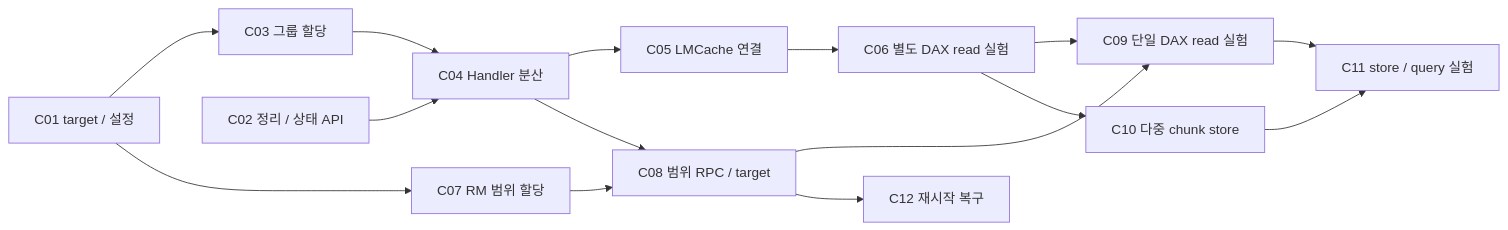
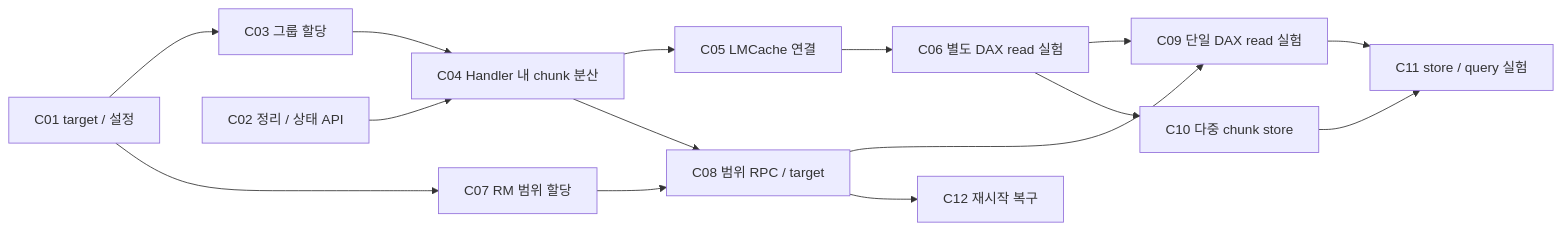
The diagram in temp_docs/maru_memory/maru_multi_device_chunk_interleaving_implementation_plan.md (seohui-XCENA/maru), drawn with Mermaid before and after one commit. The commit also changed other lines of this file and 10 other files, not shown here.

````diff
--- a/temp_docs/maru_memory/maru_multi_device_chunk_interleaving_implementation_plan.md
+++ b/temp_docs/maru_memory/maru_multi_device_chunk_interleaving_implementation_plan.md
@@ -51,17 +51,17 @@
 ```mermaid
 flowchart LR
     C01["C01 target / 설정"] --> C03["C03 그룹 할당"]
-    C02["C02 정리 / 상태 API"] --> C04["C04 Handler 분산"]
+    C02["C02 정리 / 상태 API"] --> C04["C04 Handler 내 chunk 분산"]
     C03 --> C04
     C04 --> C05["C05 LMCache 연결"]
     C05 --> C06["C06 별도 DAX read 실험"]
     C01 --> C07["C07 RM 범위 할당"]
     C07 --> C08["C08 범위 RPC / target"]
     C04 --> C08
     C08 --> C09["C09 단일 DAX read 실험"]
     C06 --> C09
     C06 --> C10["C10 다중 chunk store"]
     C10 --> C11["C11 store / query 실험"]
     C09 --> C11
     C08 --> C12["C12 재시작 복구"]
 ```
````
